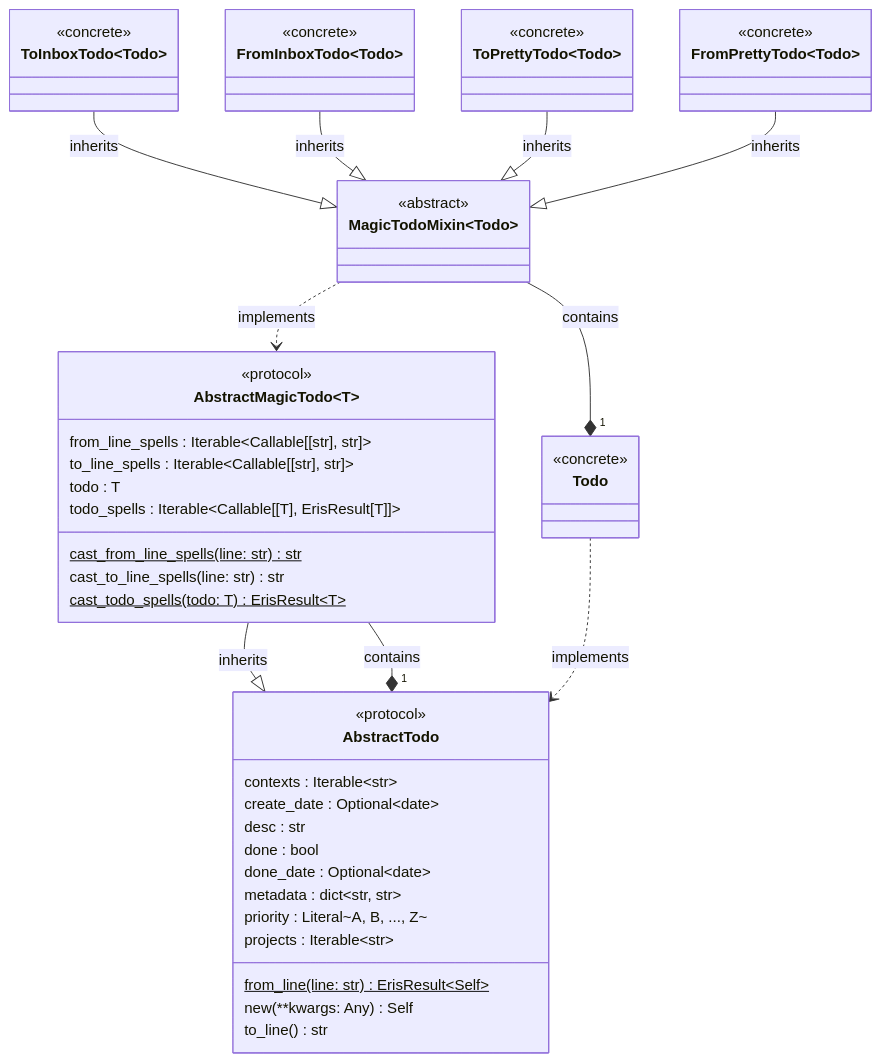
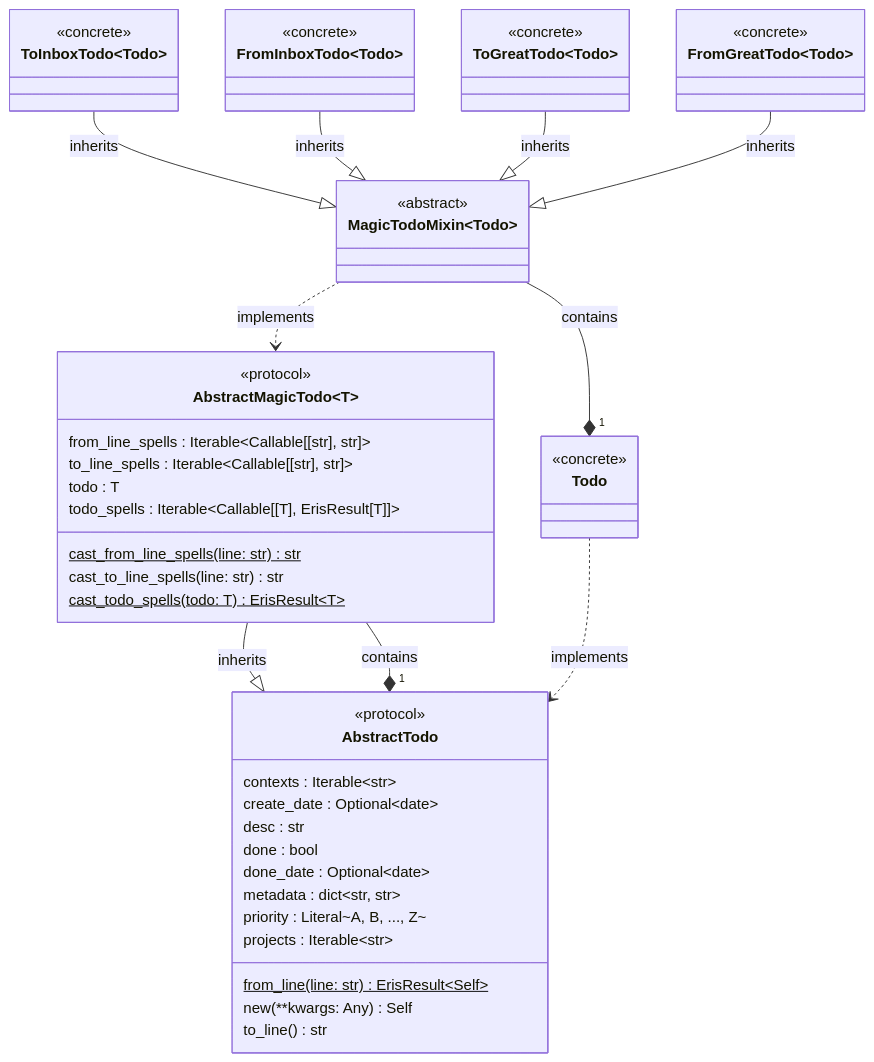
One commit to bbugyi200/greatday changed the third of 4 diagrams in docs/design/design.template.md. Above: the diagram before and after it, drawn with Mermaid. The commit also changed 4 other files, not shown here.

Commit message:
Update diagrams

````diff
--- a/docs/design/design.template.md
+++ b/docs/design/design.template.md
@@ -76,66 +76,66 @@
 ```mermaid
 classDiagram
     class AbstractTodo {
         <<protocol>>
 
         contexts : Iterable~str~
         create_date : Optional~date~
         desc : str
         done : bool
         done_date : Optional~date~
         metadata : dict~str, str~
         priority : Literal~A, B, ..., Z~
         projects : Iterable~str~
 
         from_line(line: str)$ ErisResult~Self~
         new(**kwargs: Any) Self
         to_line() str
     }
 
     class Todo {
         <<concrete>>
     }
 
     class AbstractMagicTodo~T~ {
         <<protocol>>
 
         from_line_spells : Iterable~Callable[[str], str]~
         to_line_spells : Iterable~Callable[[str], str]~
         todo : T
         todo_spells : Iterable~Callable[[T], ErisResult[T]]~
 
         cast_from_line_spells(line: str)$ str
         cast_to_line_spells(line: str) str
         cast_todo_spells(todo: T)$ ErisResult~T~
     }
 
     class MagicTodoMixin~Todo~ {
         <<abstract>>
     }
 
     class ToInboxTodo~Todo~ {
         <<concrete>>
     }
 
     class FromInboxTodo~Todo~ {
         <<concrete>>
     }
 
-    class ToPrettyTodo~Todo~ {
+    class ToGreatTodo~Todo~ {
         <<concrete>>
     }
 
-    class FromPrettyTodo~Todo~ {
+    class FromGreatTodo~Todo~ {
         <<concrete>>
     }
 
     AbstractMagicTodo --|> AbstractTodo: inherits
     AbstractMagicTodo --* "1" AbstractTodo: contains
     Todo ..> AbstractTodo: implements
     MagicTodoMixin ..> AbstractMagicTodo: implements
     MagicTodoMixin --* "1" Todo: contains
     ToInboxTodo --|> MagicTodoMixin: inherits
     FromInboxTodo --|> MagicTodoMixin: inherits
-    ToPrettyTodo --|> MagicTodoMixin: inherits
-    FromPrettyTodo --|> MagicTodoMixin: inherits
+    ToGreatTodo --|> MagicTodoMixin: inherits
+    FromGreatTodo --|> MagicTodoMixin: inherits
 ```
````
